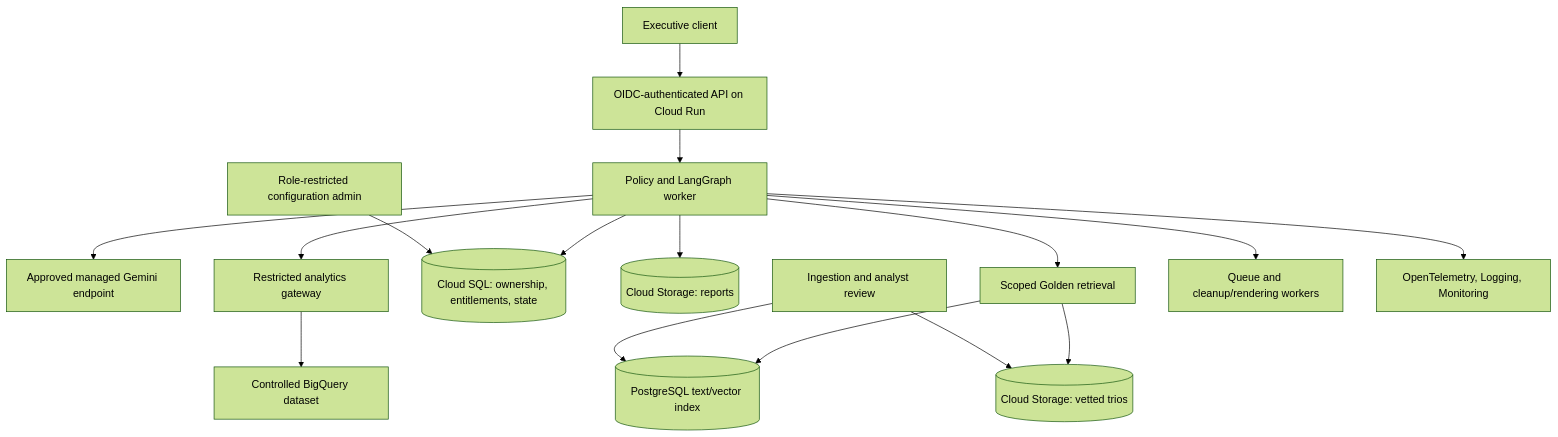
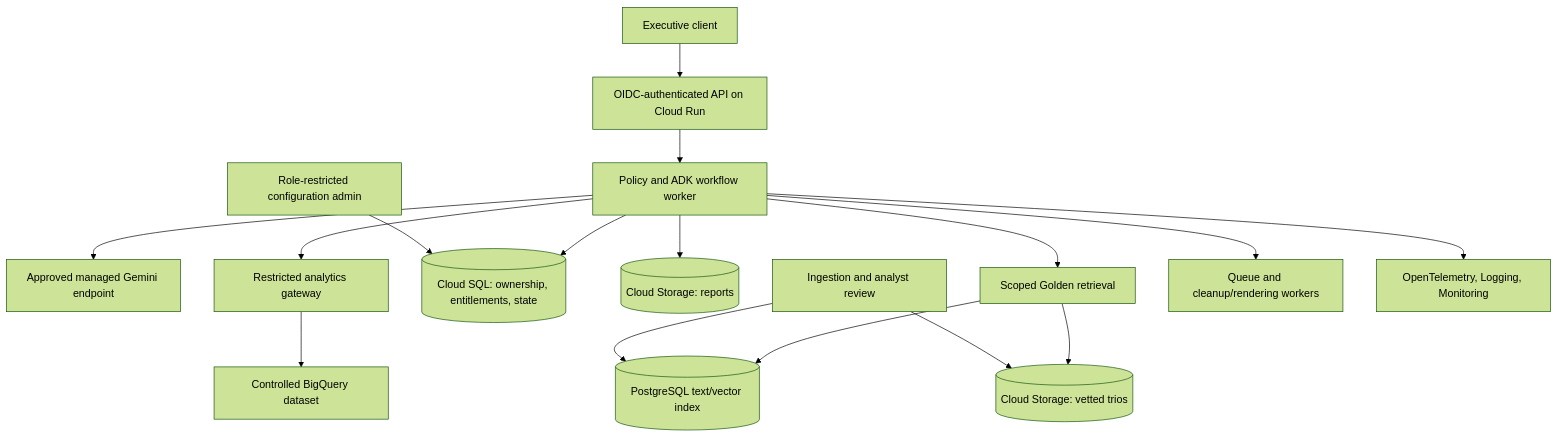
The second of 2 diagrams in docs/architecture.md (Wyjakx/retail-analytics-agent), drawn with Mermaid (forest theme) before and after one commit. The commit also changed other lines of this file and 3 other files, not shown here.

Commit message:
docs: adopt ADK 2 workflow for retail analytics agent

````diff
--- a/docs/architecture.md
+++ b/docs/architecture.md
@@ -65,18 +67,18 @@
 ```mermaid
 flowchart TB
     U["Executive client"] --> API["OIDC-authenticated API on Cloud Run"]
-    API --> APP["Policy and LangGraph worker"]
+    API --> APP["Policy and ADK workflow worker"]
     APP --> M["Approved managed Gemini endpoint"]
     APP --> Q["Restricted analytics gateway"]
     Q --> BQ["Controlled BigQuery dataset"]
     APP --> DB[("Cloud SQL: ownership, entitlements, state")]
     APP --> OBJ[("Cloud Storage: reports")]
     APP --> RET["Scoped Golden retrieval"]
     RET --> IDX[("PostgreSQL text/vector index")]
     RET --> GOLD[("Cloud Storage: vetted trios")]
     ING["Ingestion and analyst review"] --> GOLD
     ING --> IDX
     ADMIN["Role-restricted configuration admin"] --> DB
     APP --> JOB["Queue and cleanup/rendering workers"]
     APP --> OBS["OpenTelemetry, Logging, Monitoring"]
 ```
````
